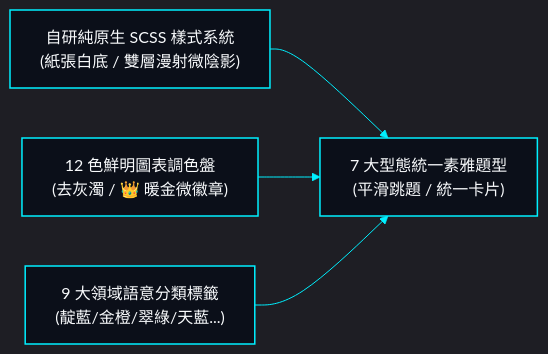
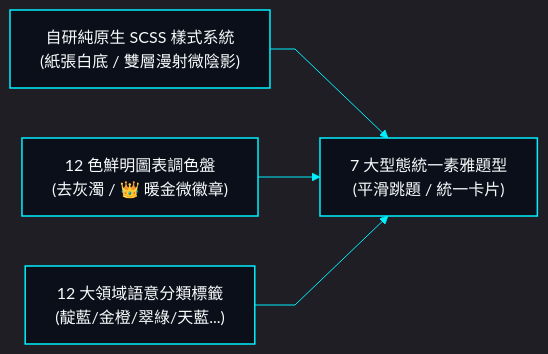
One commit to EricXJason/survey-flow changed the diagram in docs/system-design/08-ui-ux-standards.md. Above: the diagram before and after it, drawn with Mermaid. The commit also changed 10 other files, not shown here.

Commit message:
chore(release): unify sci-fi hud mermaid diagrams across all docs

````diff
--- a/docs/system-design/08-ui-ux-standards.md
+++ b/docs/system-design/08-ui-ux-standards.md
@@ -115,14 +115,14 @@
 ```mermaid
-%%{init: {'theme': 'dark', 'themeVariables': { 'darkMode': true, 'background': '#030712', 'primaryColor': '#0b0f19', 'primaryTextColor': '#f8fafc', 'primaryBorderColor': '#00f0ff', 'lineColor': '#00f0ff', 'edgeLabelBackground': 'transparent' }}}%%
+%%{init: {'theme': 'dark', 'themeVariables': { 'darkMode': true, 'background': '#030712', 'primaryColor': '#0b0f19', 'primaryTextColor': '#f8fafc', 'primaryBorderColor': '#00f0ff', 'lineColor': '#00f0ff', 'textColor': '#f8fafc', 'edgeLabelBackground': 'transparent' }, 'themeCSS': '.edgeLabel, .edgeLabel rect, .edgeLabel span, .labelBkg { background: transparent !important; background-color: transparent !important; fill: transparent !important; border: none !important; } .edgeLabel, .edgeLabel span { color: #ffffff !important; fill: #ffffff !important; font-weight: 500 !important; } rect, .node rect, polygon { rx: 0px !important; ry: 0px !important; }', 'flowchart': { 'curve': 'linear' } }}%%
 flowchart LR
     classDef hudCard fill:#0b0f19,stroke:#00f0ff,stroke-width:1.5px,color:#f8fafc,rx:0px,ry:0px;
 
     StyleSystem["自研純原生 SCSS 樣式系統<br/>(紙張白底 / 雙層漫射微陰影)"]:::hudCard
     ChartSystem["12 色鮮明圖表調色盤<br/>(去灰濁 / 👑 暖金微徽章)"]:::hudCard
-    BadgeSystem["9 大領域語意分類標籤<br/>(靛藍/金橙/翠綠/天藍...)"]:::hudCard
+    BadgeSystem["12 大領域語意分類標籤<br/>(靛藍/金橙/翠綠/天藍...)"]:::hudCard
     FormSystem["7 大型態統一素雅題型<br/>(平滑跳題 / 統一卡片)"]:::hudCard
 
     StyleSystem --> FormSystem
     ChartSystem --> FormSystem
     BadgeSystem --> FormSystem
 ```
````
